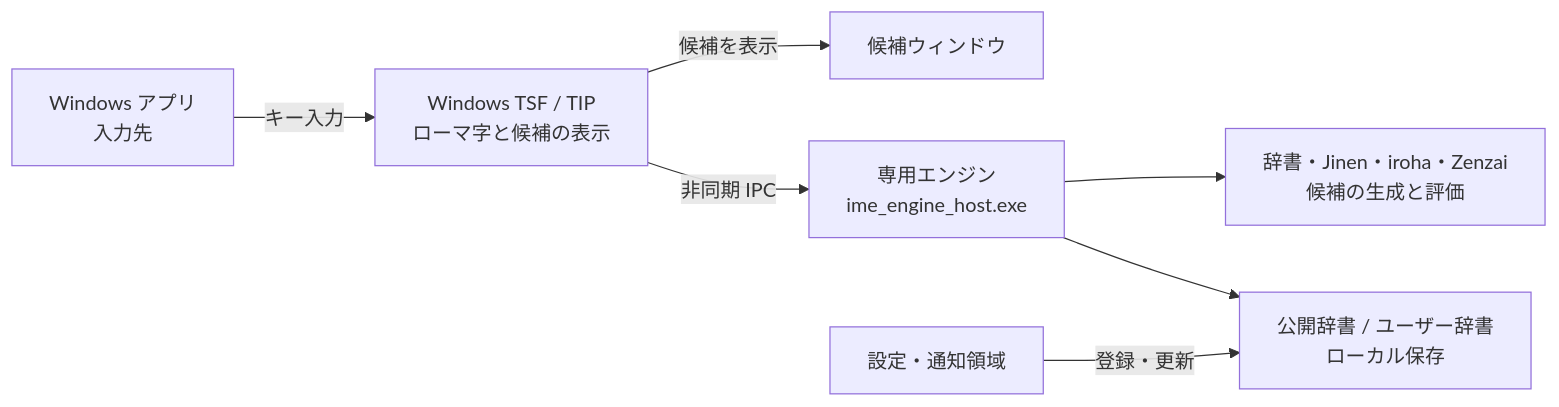
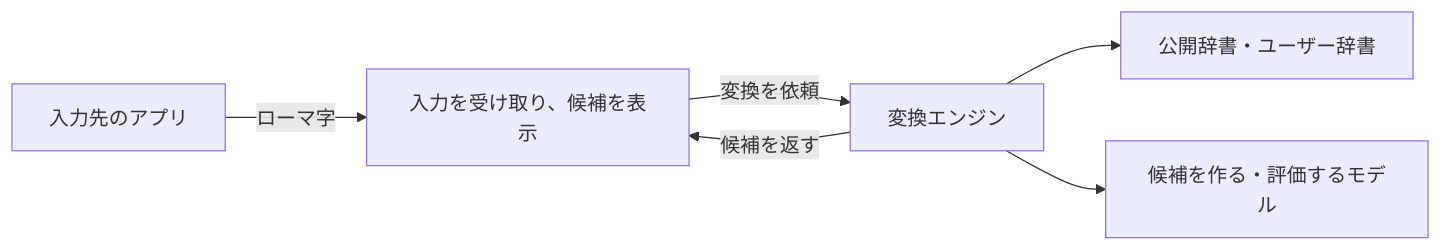
One commit to urotsuki-san/Yomitsugu changed the diagram in README.md. Above: the diagram before and after it, drawn with Mermaid. The commit also changed other lines of this file and 51 other files, not shown here.

````diff
--- a/README.md
+++ b/README.md
@@ -61,9 +69,8 @@
 ```mermaid
 flowchart LR
-    A["Windows アプリ<br/>入力先"] -->|キー入力| B["Windows TSF / TIP<br/>ローマ字と候補の表示"]
-    B -->|候補を表示| C["候補ウィンドウ"]
-    B -->|非同期 IPC| D["専用エンジン<br/>ime_engine_host.exe"]
-    D --> E["辞書・Jinen・iroha・Zenzai<br/>候補の生成と評価"]
-    D --> F["公開辞書 / ユーザー辞書<br/>ローカル保存"]
-    G["設定・通知領域"] -->|登録・更新| F
+    A["入力先のアプリ"] -->|ローマ字| B["入力を受け取り、候補を表示"]
+    B -->|変換を依頼| C["変換エンジン"]
+    C --> D["公開辞書・ユーザー辞書"]
+    C --> E["候補を作る・評価するモデル"]
+    C -->|候補を返す| B
 ```
````
